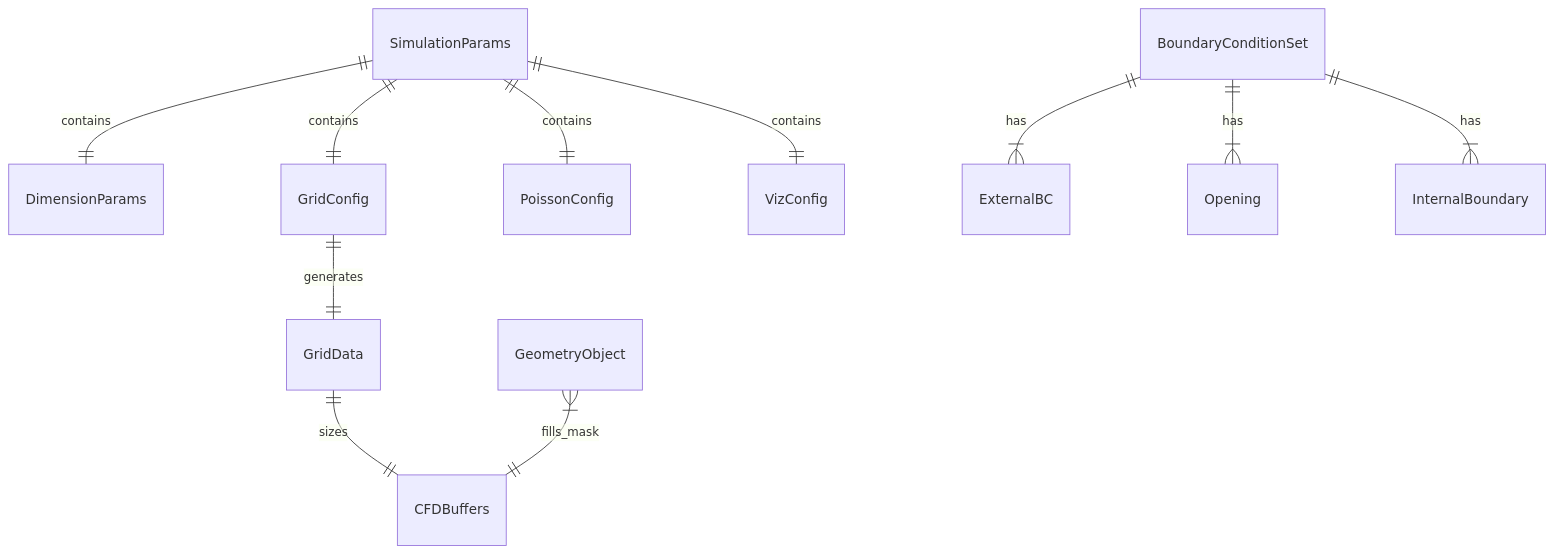
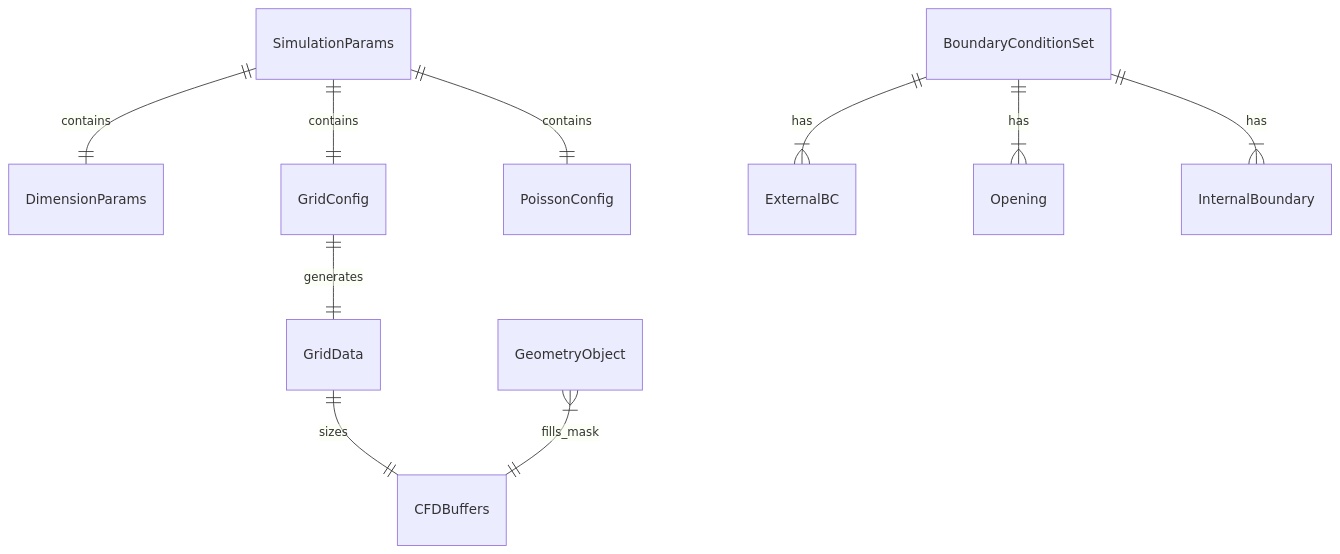
The fourth of 4 diagrams in .kiro/specs/cleanroom-simulator/design.md (kenoogl/CleanRoom), drawn with Mermaid before and after one commit. The commit also changed other lines of this file and 21 other files, not shown here.

````diff
--- a/.kiro/specs/cleanroom-simulator/design.md
+++ b/.kiro/specs/cleanroom-simulator/design.md
@@ -1645,16 +1550,15 @@
 ```mermaid
 erDiagram
     SimulationParams ||--|| DimensionParams : contains
     SimulationParams ||--|| GridConfig : contains
     SimulationParams ||--|| PoissonConfig : contains
-    SimulationParams ||--|| VizConfig : contains
 
     GridConfig ||--|| GridData : generates
     GridData ||--|| CFDBuffers : sizes
 
     BoundaryConditionSet ||--|{ ExternalBC : has
     BoundaryConditionSet ||--|{ Opening : has
     BoundaryConditionSet ||--|{ InternalBoundary : has
 
     GeometryObject }|--|| CFDBuffers : fills_mask
 ```
````
